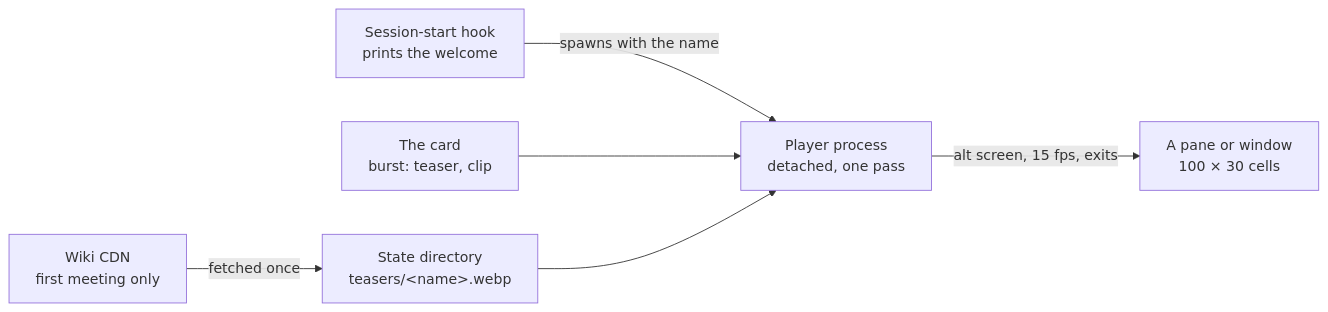
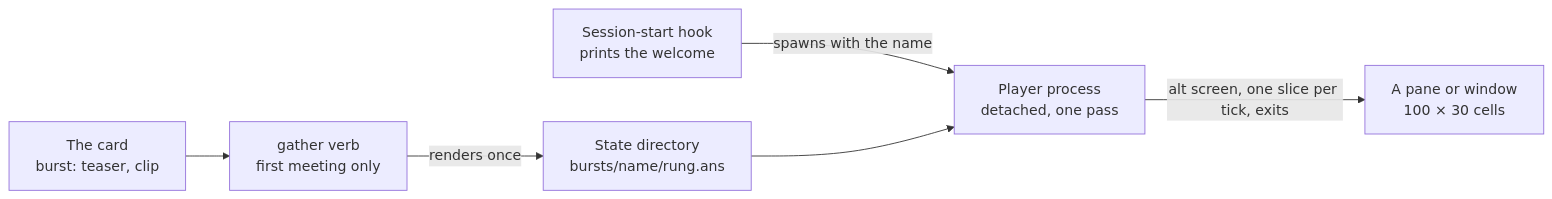
One commit to Esposter/Esposter changed the second of 2 diagrams in apps/web/content/docs/proposals/infra/burst-animation.md. Above: the diagram before and after it, drawn with Mermaid. The commit also changed other lines of this file and 1 other file, not shown here.

First line of the commit message:
docs(infra): the burst plays pre-rendered at the terminal's best rung, and the gathering recipe is written

````diff
--- a/apps/web/content/docs/proposals/infra/burst-animation.md
+++ b/apps/web/content/docs/proposals/infra/burst-animation.md
@@ -56,15 +81,15 @@
 ```mermaid
 flowchart LR
     Hook["Session-start hook<br/>prints the welcome"]
     Card["The card<br/>burst: teaser, clip"]
-    Cache["State directory<br/>teasers/&lt;name&gt;.webp"]
-    Wiki["Wiki CDN<br/>first meeting only"]
+    Cache["State directory<br/>bursts/name/rung.ans"]
+    Gather["gather verb<br/>first meeting only"]
     Player["Player process<br/>detached, one pass"]
     Pane["A pane or window<br/>100 × 30 cells"]
 
     Hook -->|spawns with the name| Player
-    Card --> Player
-    Wiki -->|fetched once| Cache
+    Card --> Gather
+    Gather -->|renders once| Cache
     Cache --> Player
-    Player -->|alt screen, 15 fps, exits| Pane
+    Player -->|alt screen, one slice per tick, exits| Pane
 ```
````
